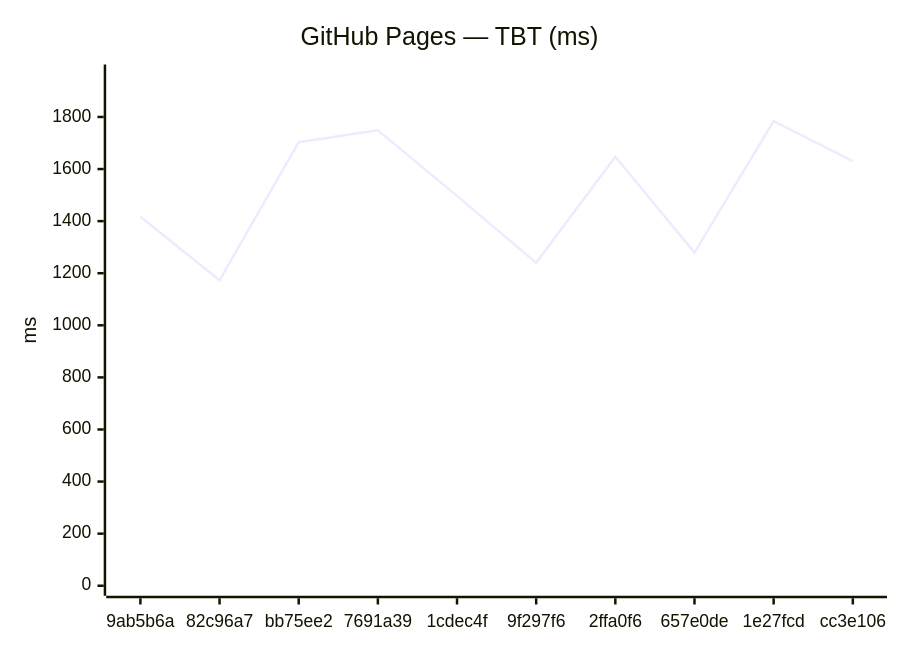
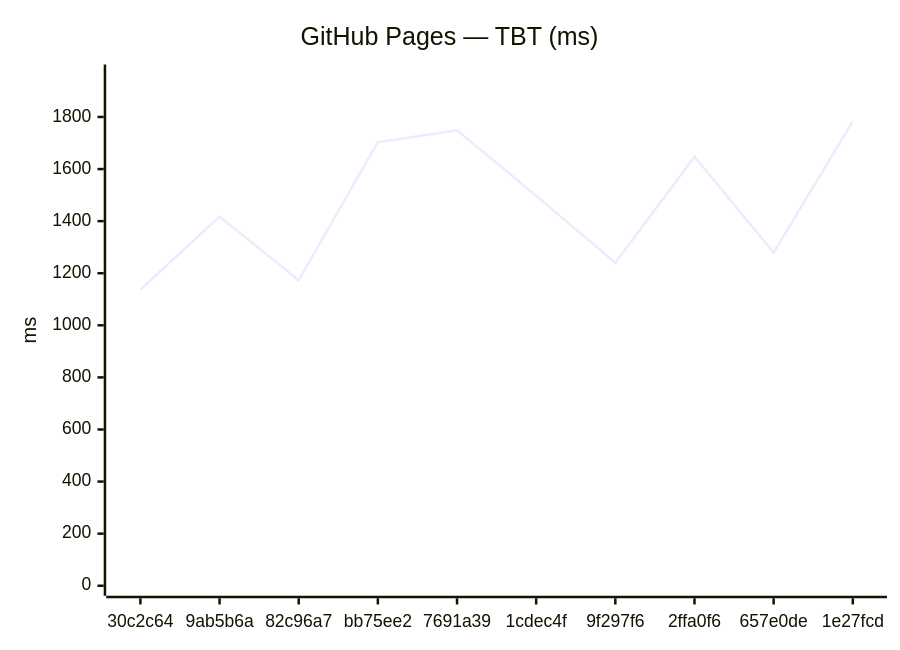
The fourth of 18 diagrams in benchmarks/compare.md (Metaheurist/Rianell), drawn with Mermaid before and after one commit. The commit also changed other lines of this file and 11 other files, not shown here.

````diff
--- a/benchmarks/compare.md
+++ b/benchmarks/compare.md
@@ -61,7 +61,7 @@
 ```mermaid
 xychart-beta
     title "GitHub Pages — TBT (ms)"
-    x-axis ["9ab5b6a", "82c96a7", "bb75ee2", "7691a39", "1cdec4f", "9f297f6", "2ffa0f6", "657e0de", "1e27fcd", "cc3e106"]
+    x-axis ["30c2c64", "9ab5b6a", "82c96a7", "bb75ee2", "7691a39", "1cdec4f", "9f297f6", "2ffa0f6", "657e0de", "1e27fcd"]
     y-axis "ms" 0 --> 1963
-    line [1417, 1173, 1703, 1749, 1497, 1240, 1647, 1279, 1784, 1630]
+    line [1137, 1417, 1173, 1703, 1749, 1497, 1240, 1647, 1279, 1784]
 ```
````
